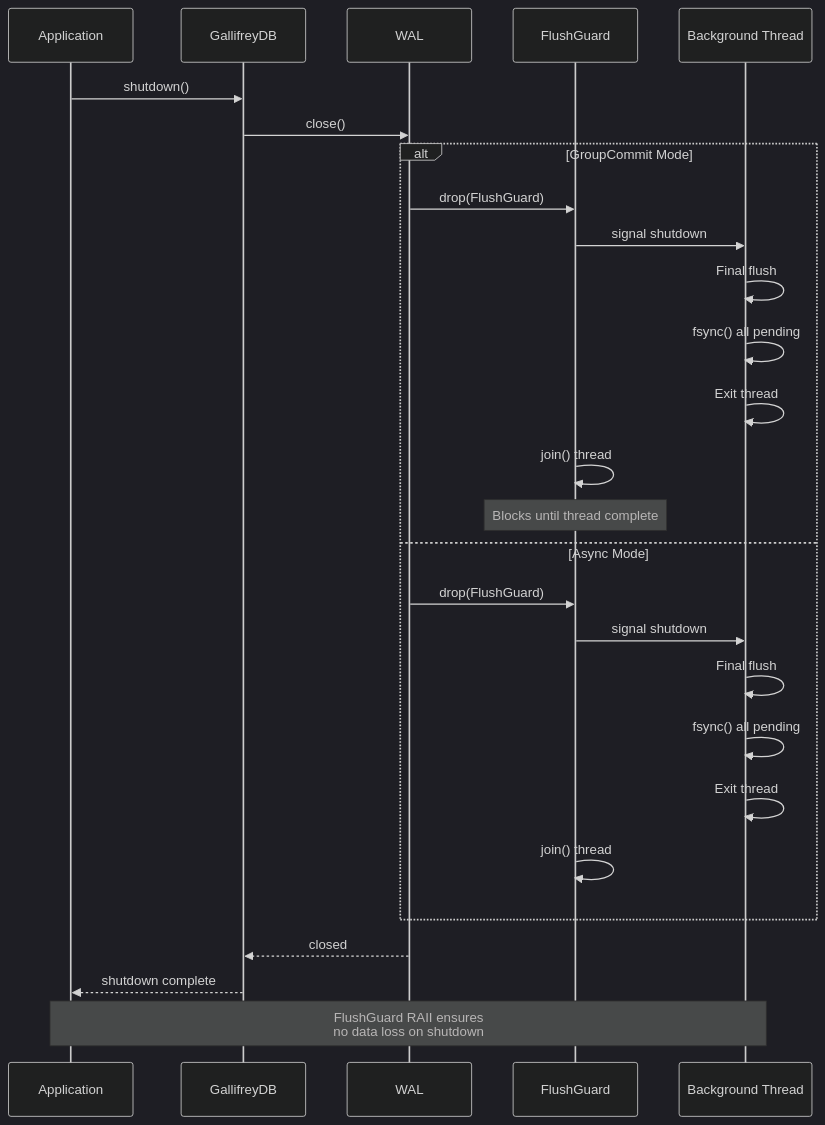
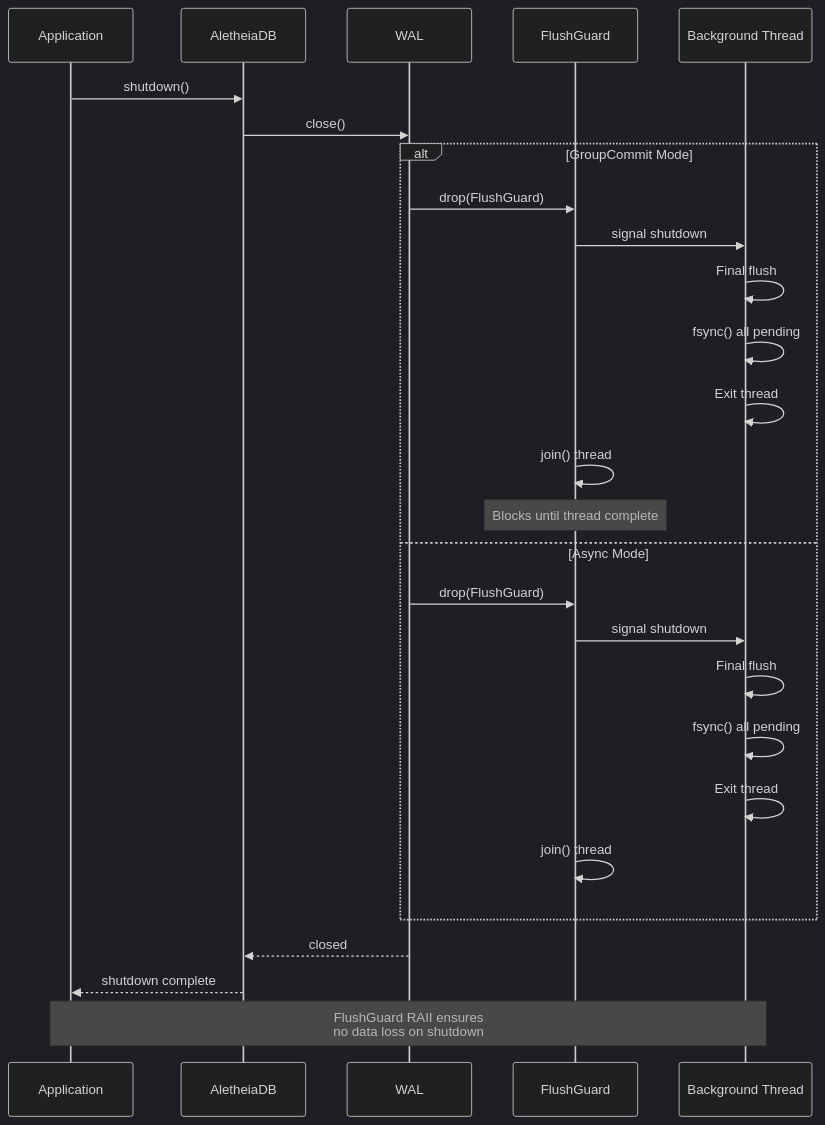
Diagram 14 of 14 in docs/architecture/durability-modes.md (autumn-foundation/AletheiaDB), drawn with Mermaid (dark theme) before and after one commit. The commit also changed other lines of this file and 316 other files, not shown here.

First line of the commit message:
refactor: Rename project from GallifreyDB to AletheiaDB

````diff
--- a/docs/architecture/durability-modes.md
+++ b/docs/architecture/durability-modes.md
@@ -578,33 +578,33 @@
 ```mermaid
 sequenceDiagram
     participant App as Application
-    participant DB as GallifreyDB
+    participant DB as AletheiaDB
     participant WAL as WAL
     participant Guard as FlushGuard
     participant BG as Background Thread
 
     App->>DB: shutdown()
     DB->>WAL: close()
 
     alt GroupCommit Mode
         WAL->>Guard: drop(FlushGuard)
         Guard->>BG: signal shutdown
         BG->>BG: Final flush
         BG->>BG: fsync() all pending
         BG->>BG: Exit thread
         Guard->>Guard: join() thread
         Note over Guard: Blocks until thread complete
     else Async Mode
         WAL->>Guard: drop(FlushGuard)
         Guard->>BG: signal shutdown
         BG->>BG: Final flush
         BG->>BG: fsync() all pending
         BG->>BG: Exit thread
         Guard->>Guard: join() thread
     end
 
     WAL-->>DB: closed
     DB-->>App: shutdown complete
 
     Note over App,BG: FlushGuard RAII ensures<br/>no data loss on shutdown
 ```
````
